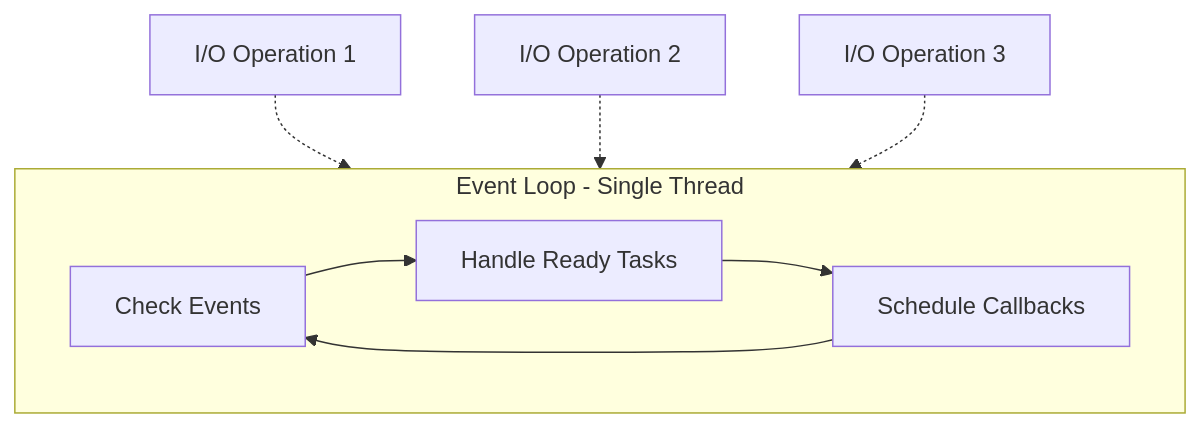
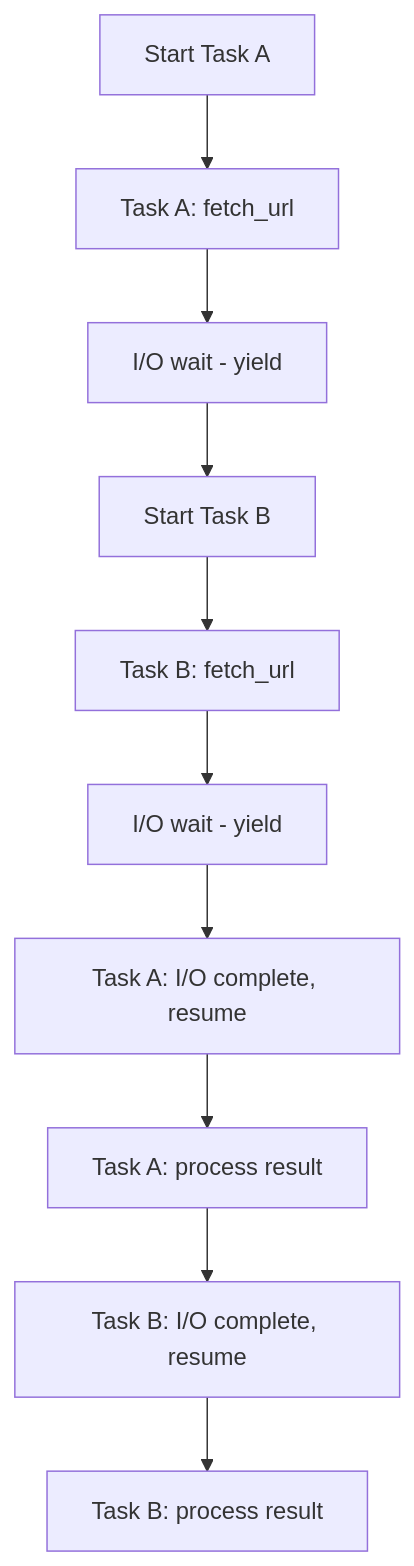
Before and after one commit to spawn08/system-design-interview: the fourth of 4 diagrams in basics/concurrency.md, drawn with Mermaid. The commit also changed other lines of this file and 4 other files, not shown here.

````diff
--- a/basics/concurrency.md
+++ b/basics/concurrency.md
@@ -430,12 +699,12 @@
 ```mermaid
-flowchart TB
-    subgraph EventLoop [Event Loop - Single Thread]
-        E1[Check Events] --> E2[Handle Ready Tasks]
-        E2 --> E3[Schedule Callbacks]
-        E3 --> E1
-    end
-    
-    IO1[I/O Operation 1] -.-> EventLoop
-    IO2[I/O Operation 2] -.-> EventLoop
-    IO3[I/O Operation 3] -.-> EventLoop
+flowchart TD
+    A[Start Task A] --> B[Task A: fetch_url]
+    B --> C[I/O wait - yield]
+    C --> D[Start Task B]
+    D --> E[Task B: fetch_url]
+    E --> F[I/O wait - yield]
+    F --> G[Task A: I/O complete, resume]
+    G --> H[Task A: process result]
+    H --> I[Task B: I/O complete, resume]
+    I --> J[Task B: process result]
 ```
````
